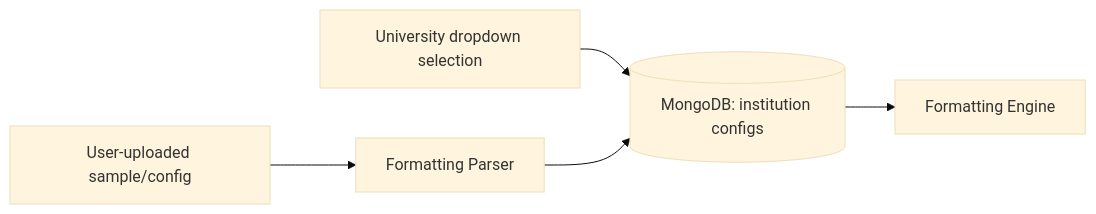
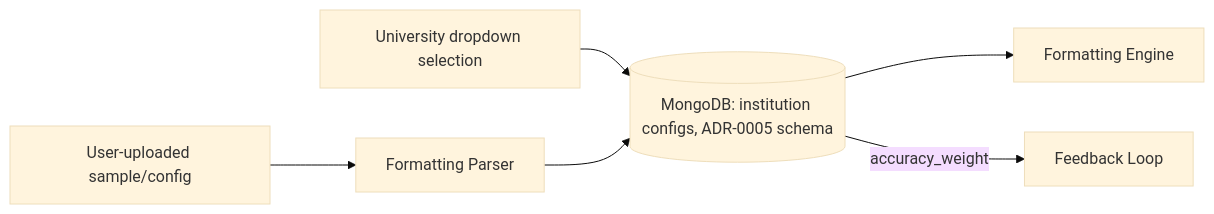
Before and after one commit to RubyFoc/diploma-maker: the second of 3 diagrams in docs/architecture/diagrams.md, drawn with Mermaid (base theme). The commit also changed other lines of this file and 7 other files, not shown here.

First line of the commit message:
Resolve BA/architect planning pass; simplify process and billing scope

````diff
--- a/docs/architecture/diagrams.md
+++ b/docs/architecture/diagrams.md
@@ -29,7 +34,8 @@
 ```mermaid
 flowchart LR
     Upload[User-uploaded sample/config] --> Parser[Formatting Parser]
-    Dropdown[University dropdown selection] --> Mongo[(MongoDB: institution configs)]
+    Dropdown[University dropdown selection] --> Mongo[(MongoDB: institution configs, ADR-0005 schema)]
     Parser --> Mongo
     Mongo --> F[Formatting Engine]
+    Mongo -->|accuracy_weight| FB[Feedback Loop]
 ```
````
